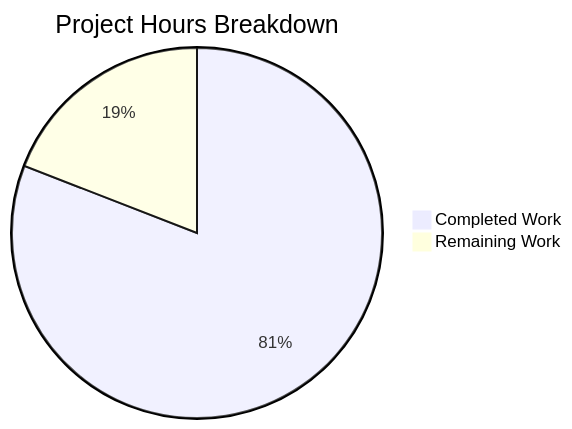
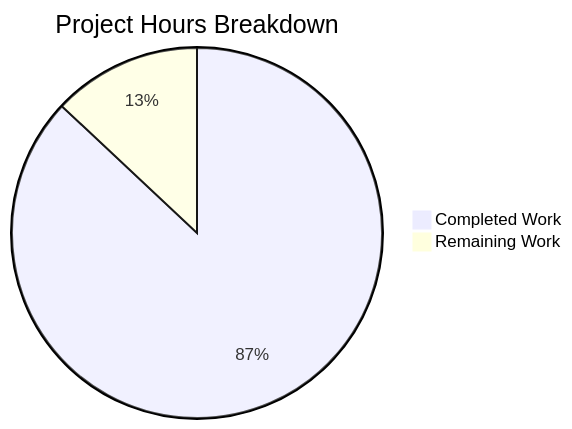
One commit to sudhanshu-spec/test-spec changed the diagram in blitzy/documentation/Project Guide.md. Above: the diagram before and after it, drawn with Mermaid. The commit also changed other lines of this file, not shown here.

Commit message:
Adding Blitzy Project Guide: Project Status and Human Tasks Remaining

````diff
--- a/blitzy/documentation/Project Guide.md
+++ b/blitzy/documentation/Project Guide.md
@@ -133,5 +63,5 @@
 ```mermaid
 pie title Project Hours Breakdown
-    "Completed Work" : 72
-    "Remaining Work" : 17
+    "Completed Work" : 107
+    "Remaining Work" : 16
 ```
````
